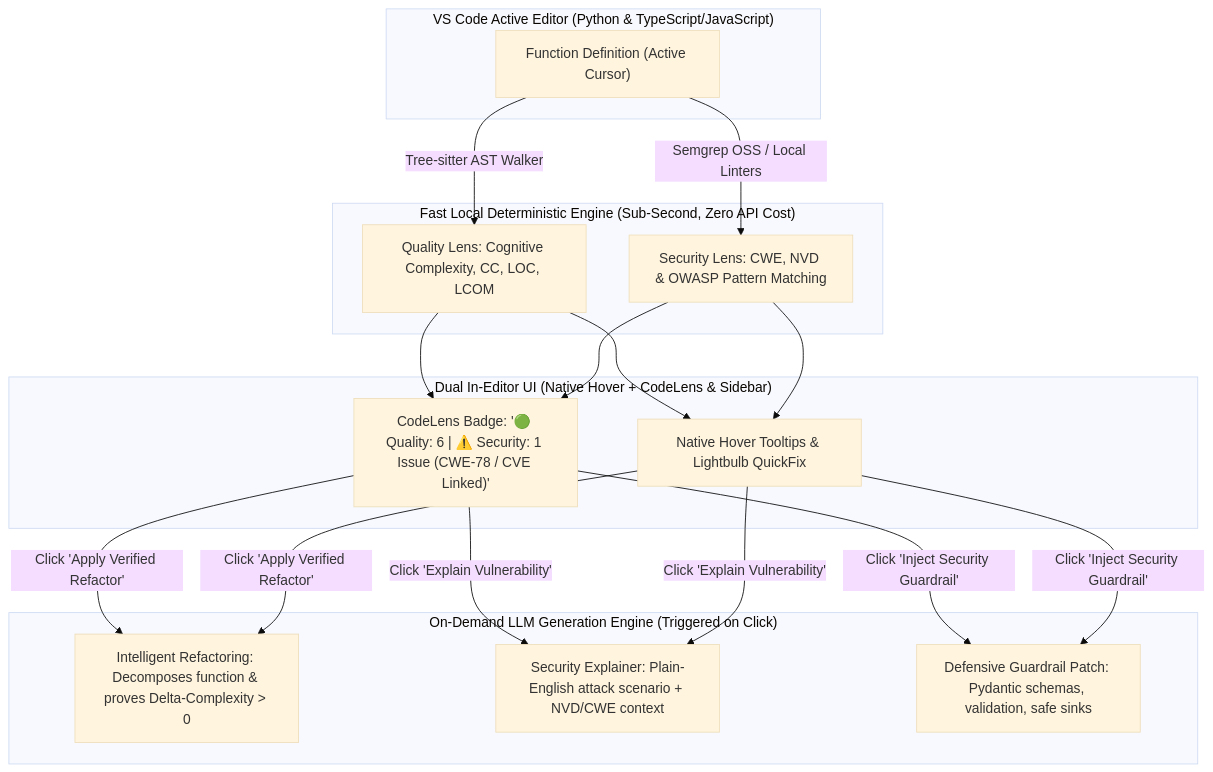
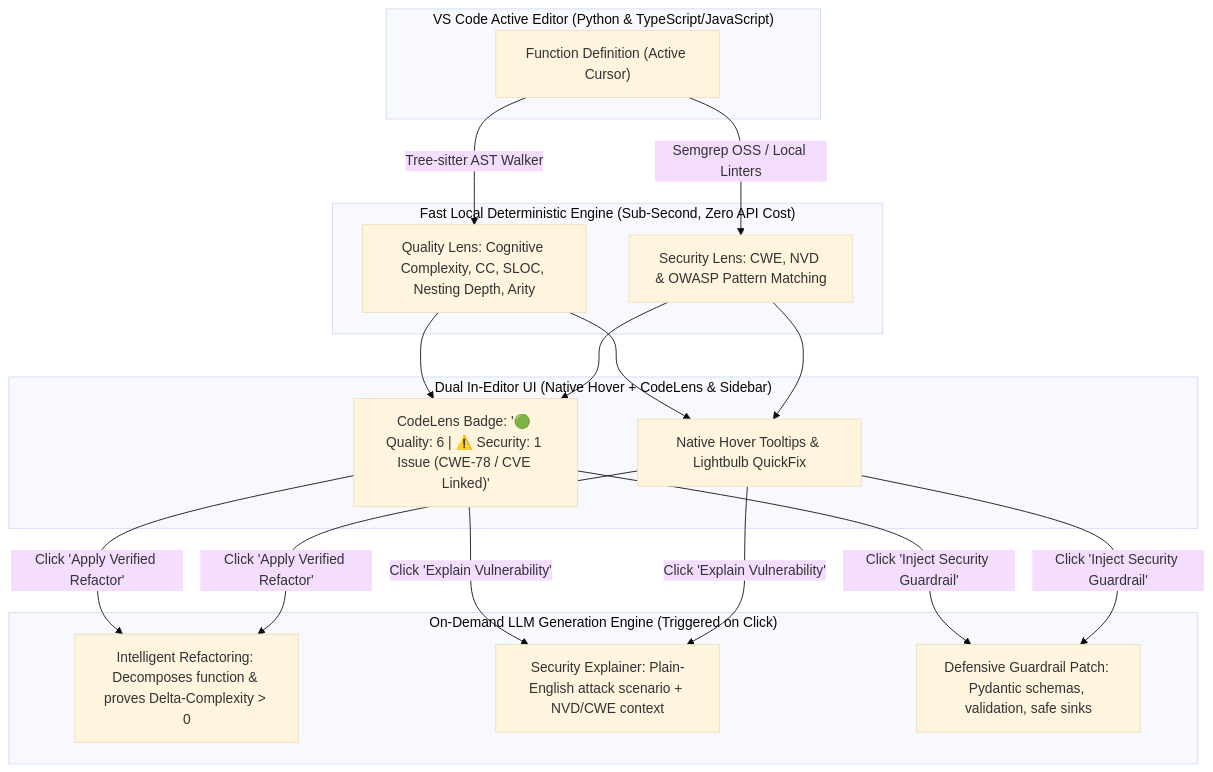
The first of 4 diagrams in 01_project_proposals/01_Project_Specification.md (Fool-Penguin/Senior-Project), drawn with Mermaid (base theme) before and after one commit. The commit also changed other lines of this file and 1 other file, not shown here.

Commit message:
docs: drop LCOM-4 and Halstead metrics, keep project strictly function-level

````diff
--- a/01_project_proposals/01_Project_Specification.md
+++ b/01_project_proposals/01_Project_Specification.md
@@ -49,22 +49,22 @@
 ```mermaid
 flowchart TD
     subgraph Editor ["VS Code Active Editor (Python & TypeScript/JavaScript)"]
         F1["Function Definition (Active Cursor)"]
     end
 
     subgraph FastLocalEngine ["Fast Local Deterministic Engine (Sub-Second, Zero API Cost)"]
-        F1 -->|"Tree-sitter AST Walker"| Q1["Quality Lens: Cognitive Complexity, CC, LOC, LCOM"]
+        F1 -->|"Tree-sitter AST Walker"| Q1["Quality Lens: Cognitive Complexity, CC, SLOC, Nesting Depth, Arity"]
         F1 -->|"Semgrep OSS / Local Linters"| S1["Security Lens: CWE, NVD & OWASP Pattern Matching"]
     end
 
     subgraph InEditorDisplay ["Dual In-Editor UI (Native Hover + CodeLens & Sidebar)"]
         Q1 & S1 --> UI1["CodeLens Badge: '🟢 Quality: 6 | ⚠️ Security: 1 Issue (CWE-78 / CVE Linked)'"]
         Q1 & S1 --> UI2["Native Hover Tooltips & Lightbulb QuickFix"]
     end
 
     subgraph OnDemandLLM ["On-Demand LLM Generation Engine (Triggered on Click)"]
         UI1 & UI2 -->|"Click 'Apply Verified Refactor'"| LLM1["Intelligent Refactoring: Decomposes function & proves Delta-Complexity > 0"]
         UI1 & UI2 -->|"Click 'Explain Vulnerability'"| LLM2["Security Explainer: Plain-English attack scenario + NVD/CWE context"]
         UI1 & UI2 -->|"Click 'Inject Security Guardrail'"| LLM3["Defensive Guardrail Patch: Pydantic schemas, validation, safe sinks"]
     end
 ```
````
